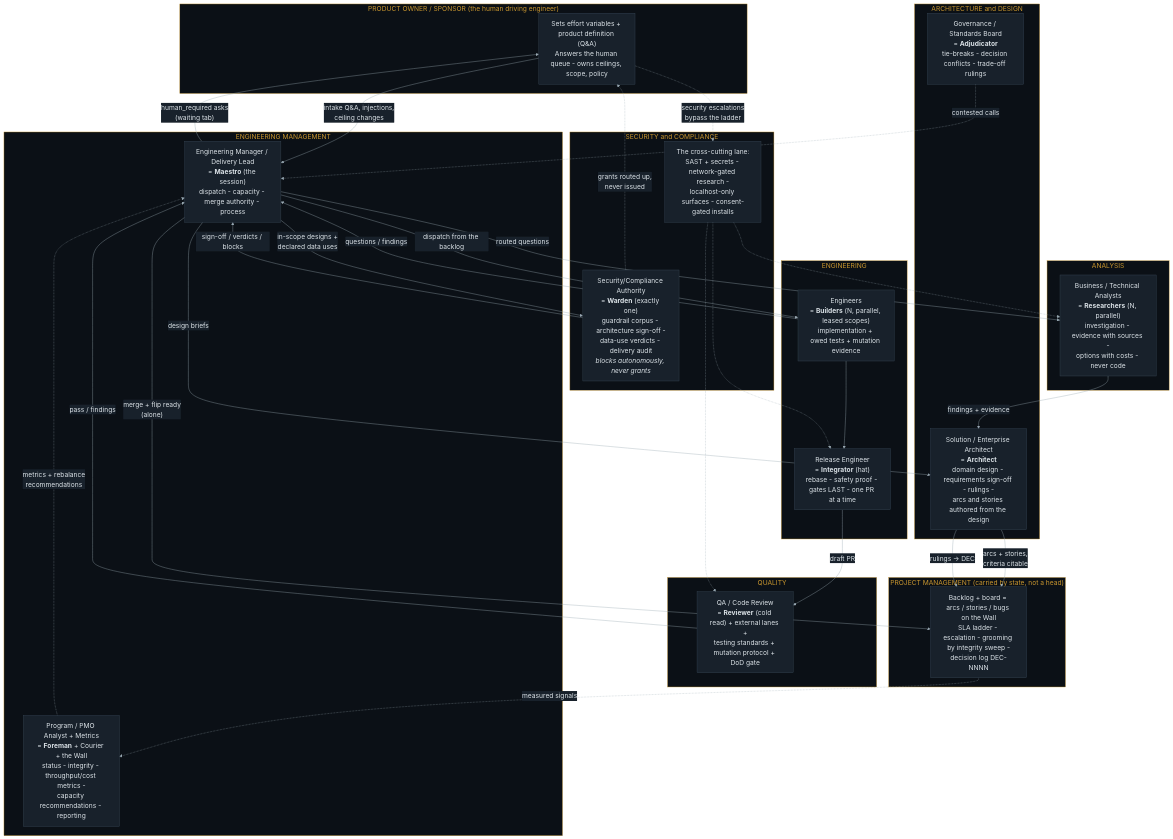
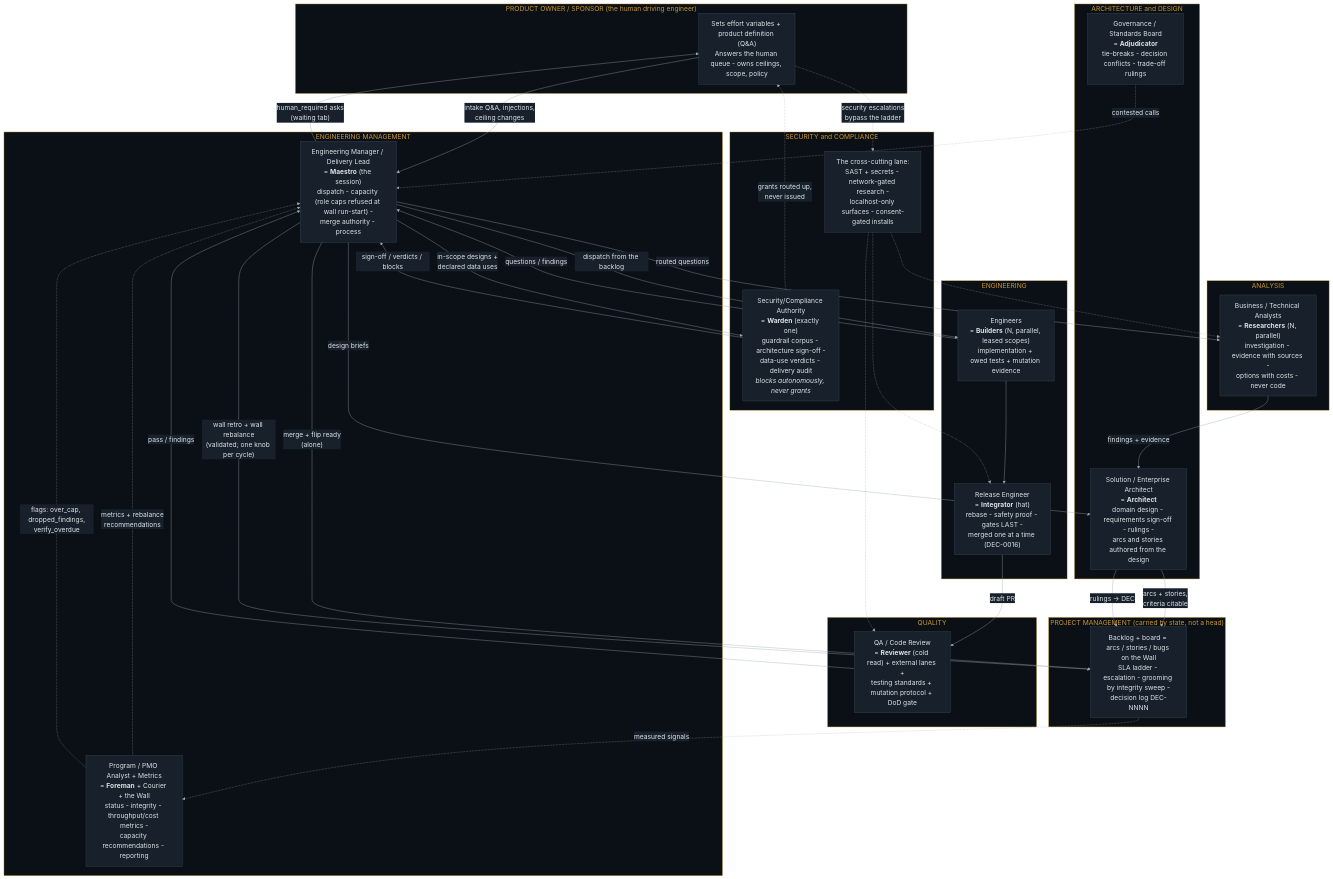
One commit to newellnarco/EngTeam-Wallkit-BluePrint changed the diagram in docs/diagrams/ORG_MAPPING.md. Above: the diagram before and after it, drawn with Mermaid. The commit also changed other lines of this file and 30 other files, not shown here.

````diff
--- a/docs/diagrams/ORG_MAPPING.md
+++ b/docs/diagrams/ORG_MAPPING.md
@@ -18,71 +21,73 @@
 ```mermaid
 %%{init: {"theme":"base","themeVariables":{
   "background":"#10161d","fontFamily":"Segoe UI, Helvetica, Arial, sans-serif","fontSize":"18px",
   "primaryColor":"#18212b","primaryTextColor":"#dce3e8","primaryBorderColor":"#3a4a58",
   "secondaryColor":"#1e2833","tertiaryColor":"#0b1016",
   "lineColor":"#9aa9b3","textColor":"#dce3e8",
   "clusterBkg":"#0b1016","clusterBorder":"#c9962f",
   "edgeLabelBackground":"#18212b","titleColor":"#c9962f",
   "nodeTextColor":"#dce3e8"
 }}}%%
 flowchart TB
     subgraph SPONSOR["PRODUCT OWNER / SPONSOR  (the human driving engineer)"]
         PO["Sets effort variables + product definition (Q&amp;A)<br/>Answers the human queue - owns ceilings, scope, policy"]
     end
 
     subgraph MGMT["ENGINEERING MANAGEMENT"]
-        EM["Engineering Manager / Delivery Lead<br/>= <b>Maestro</b> (the session)<br/>dispatch - capacity - merge authority - process"]
+        EM["Engineering Manager / Delivery Lead<br/>= <b>Maestro</b> (the session)<br/>dispatch - capacity (role caps refused at wall run-start) -<br/>merge authority - process"]
         PMO["Program / PMO Analyst + Metrics<br/>= <b>Foreman</b> + Courier + the Wall<br/>status - integrity - throughput/cost metrics -<br/>capacity recommendations - reporting"]
     end
 
     subgraph DESIGN["ARCHITECTURE and DESIGN"]
         SA["Solution / Enterprise Architect<br/>= <b>Architect</b><br/>domain design - requirements sign-off - rulings -<br/>arcs and stories authored from the design"]
         GOV["Governance / Standards Board<br/>= <b>Adjudicator</b><br/>tie-breaks - decision conflicts - trade-off rulings"]
     end
 
     subgraph ANALYSIS["ANALYSIS"]
         BA["Business / Technical Analysts<br/>= <b>Researchers</b> (N, parallel)<br/>investigation - evidence with sources -<br/>options with costs - never code"]
     end
 
     subgraph ENG["ENGINEERING"]
         DEV["Engineers<br/>= <b>Builders</b> (N, parallel, leased scopes)<br/>implementation + owed tests + mutation evidence"]
-        REL["Release Engineer<br/>= <b>Integrator</b> (hat)<br/>rebase - safety proof - gates LAST - one PR at a time"]
+        REL["Release Engineer<br/>= <b>Integrator</b> (hat)<br/>rebase - safety proof - gates LAST -<br/>merged one at a time (DEC-0016)"]
     end
 
     subgraph QUALITY["QUALITY"]
         QA["QA / Code Review<br/>= <b>Reviewer</b> (cold read) + external lanes +<br/>testing standards + mutation protocol + DoD gate"]
     end
 
     subgraph SEC["SECURITY and COMPLIANCE"]
         WARD["Security/Compliance Authority<br/>= <b>Warden</b> (exactly one)<br/>guardrail corpus - architecture sign-off -<br/>data-use verdicts - delivery audit<br/><i>blocks autonomously, never grants</i>"]
         SECN["The cross-cutting lane:<br/>SAST + secrets - network-gated research -<br/>localhost-only surfaces - consent-gated installs"]
     end
 
     subgraph PM["PROJECT MANAGEMENT  (carried by state, not a head)"]
         BOARD["Backlog + board = arcs / stories / bugs on the Wall<br/>SLA ladder - escalation - grooming by integrity sweep -<br/>decision log DEC-NNNN"]
     end
 
     PO -->|"intake Q&amp;A, injections,<br/>ceiling changes"| EM
     EM -->|"human_required asks<br/>(waiting tab)"| PO
     EM -->|"design briefs"| SA
     SA -->|"arcs + stories,<br/>criteria citable"| BOARD
     EM -->|"dispatch from the backlog"| DEV
     DEV -->|"questions / findings"| EM
     EM -->|"routed questions"| BA
     BA -->|"findings + evidence"| SA
     SA -->|"rulings -> DEC"| BOARD
     GOV -.->|"contested calls"| EM
     EM -->|"in-scope designs +<br/>declared data uses"| WARD
     WARD -->|"sign-off / verdicts / blocks"| EM
     WARD -.->|"grants routed up,<br/>never issued"| PO
     DEV --> REL
     REL -->|"draft PR"| QA
     QA -->|"pass / findings"| EM
     EM -->|"merge + flip ready<br/>(alone)"| BOARD
     PMO -.->|"metrics + rebalance<br/>recommendations"| EM
+    EM -->|"wall retro + wall rebalance<br/>(validated; one knob per cycle)"| BOARD
+    PMO -.->|"flags: over_cap, dropped_findings,<br/>verify_overdue"| EM
     BOARD -.->|"measured signals"| PMO
     SECN -.-> QA
     SECN -.-> BA
     SECN -.-> REL
     PO -.->|"security escalations<br/>bypass the ladder"| SECN
 ```
````
